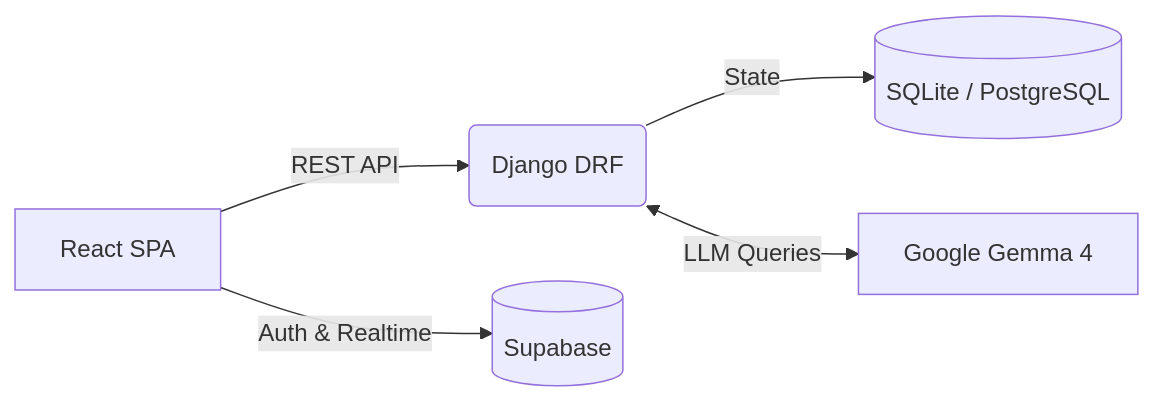
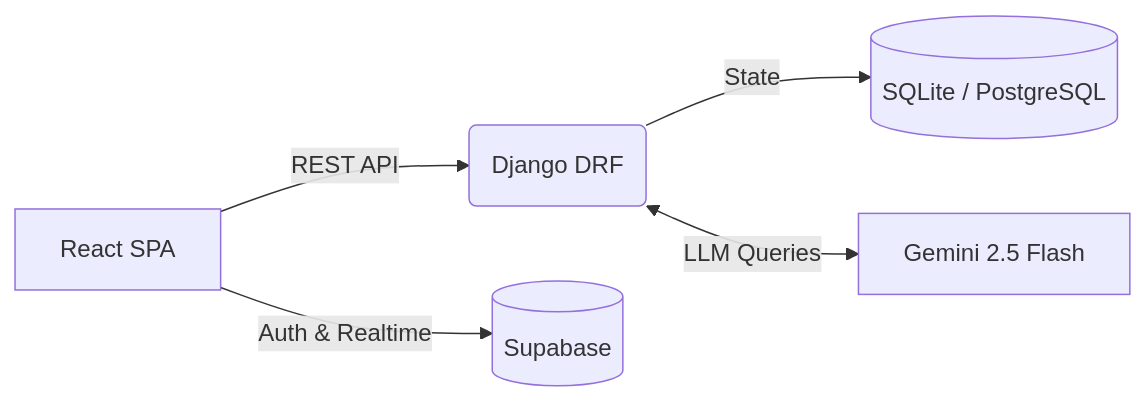
One commit to Nitram2704/Nexus-PM changed the diagram in README.md. Above: the diagram before and after it, drawn with Mermaid. The commit also changed other lines of this file and 30 other files, not shown here.

````diff
--- a/README.md
+++ b/README.md
@@ -138,7 +153,7 @@
 ```mermaid
 graph LR
     A[React SPA] -->|REST API| B(Django DRF)
     A -->|Auth & Realtime| S[(Supabase)]
     B -->|State| C[(SQLite / PostgreSQL)]
-    B <-->|LLM Queries| F[Google Gemma 4]
+    B <-->|LLM Queries| F[Gemini 2.5 Flash]
 ```
````
